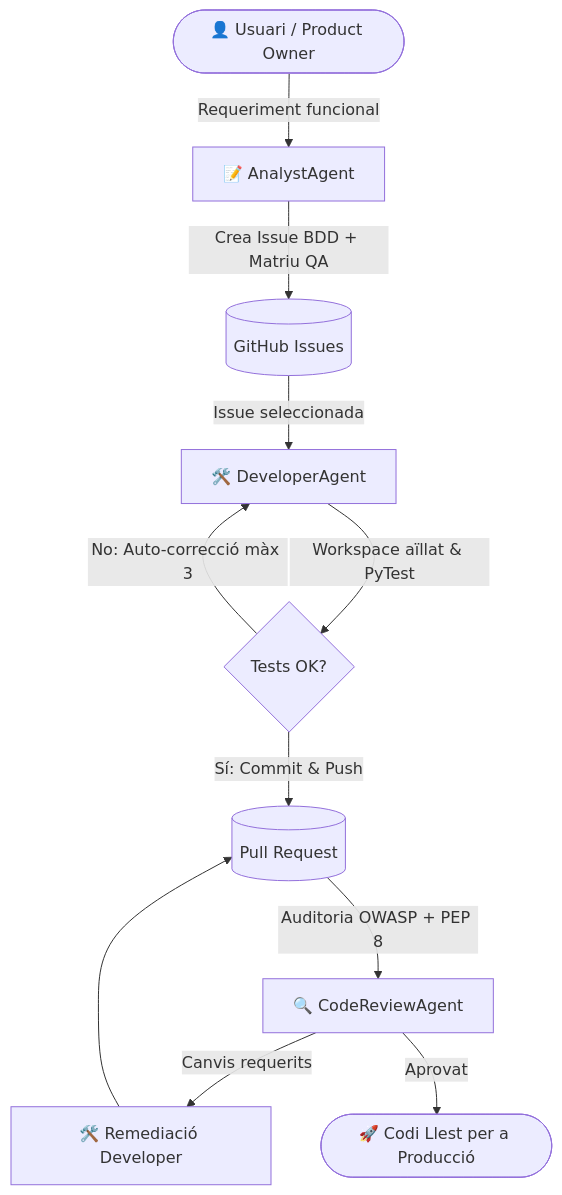
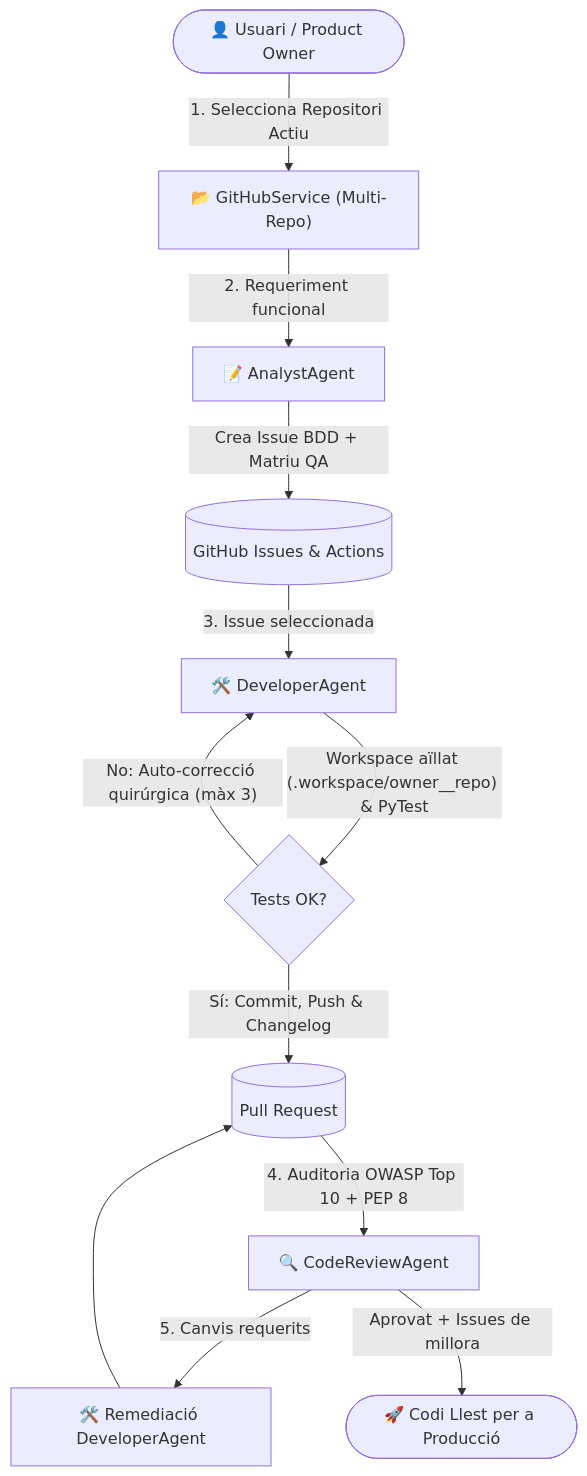
The diagram in README.md (emasnou/ai-developer-agent), drawn with Mermaid before and after one commit. The commit also changed other lines of this file and 55 other files, not shown here.

````diff
--- a/README.md
+++ b/README.md
@@ -11,13 +11,14 @@
 ```mermaid
 flowchart TD
-    User([👤 Usuari / Product Owner]) -->|Requeriment funcional| Analyst[📝 AnalystAgent]
-    Analyst -->|Crea Issue BDD + Matriu QA| GitHub[(GitHub Issues)]
-    GitHub -->|Issue seleccionada| Developer[🛠️ DeveloperAgent]
-    Developer -->|Workspace aïllat & PyTest| DevLoop{Tests OK?}
-    DevLoop -->|No: Auto-correcció màx 3| Developer
-    DevLoop -->|Sí: Commit & Push| PR[(Pull Request)]
-    PR -->|Auditoria OWASP + PEP 8| Reviewer[🔍 CodeReviewAgent]
-    Reviewer -->|Canvis requerits| Remediate[🛠️ Remediació Developer]
-    Reviewer -->|Aprovat| Done([🚀 Codi Llest per a Producció])
+    User(["👤 Usuari / Product Owner"]) -->|"1. Selecciona Repositori Actiu"| RepoSel["📂 GitHubService (Multi-Repo)"]
+    RepoSel -->|"2. Requeriment funcional"| Analyst["📝 AnalystAgent"]
+    Analyst -->|"Crea Issue BDD + Matriu QA"| GitHub[("GitHub Issues & Actions")]
+    GitHub -->|"3. Issue seleccionada"| Developer["🛠️ DeveloperAgent"]
+    Developer -->|"Workspace aïllat (.workspace/owner__repo) & PyTest"| DevLoop{"Tests OK?"}
+    DevLoop -->|"No: Auto-correcció quirúrgica (màx 3)"| Developer
+    DevLoop -->|"Sí: Commit, Push & Changelog"| PR[("Pull Request")]
+    PR -->|"4. Auditoria OWASP Top 10 + PEP 8"| Reviewer["🔍 CodeReviewAgent"]
+    Reviewer -->|"5. Canvis requerits"| Remediate["🛠️ Remediació DeveloperAgent"]
+    Reviewer -->|"Aprovat + Issues de millora"| Done(["🚀 Codi Llest per a Producció"])
     Remediate --> PR
 ```
````
